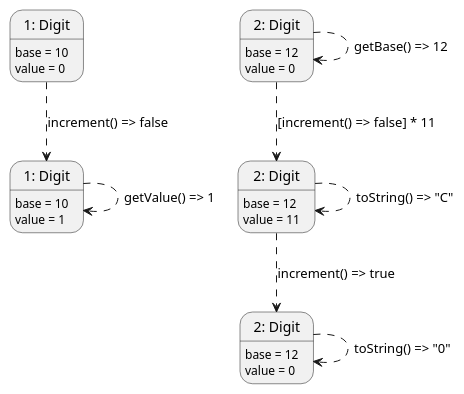
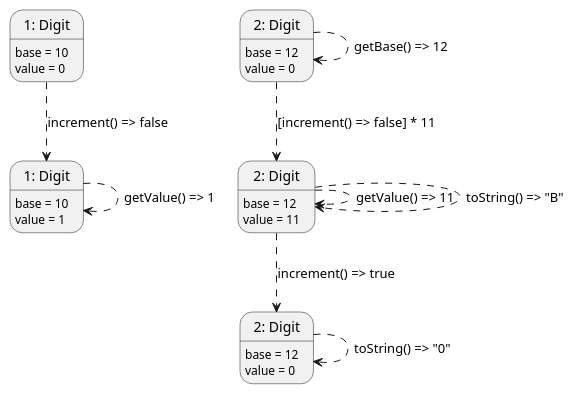
Before and after one commit to henrygraesberg/tdt4100: the diagram in assignments/diagrams/assignment_1/Digit.puml, drawn with PlantUML. The commit also changed 2 other files, not shown here.

Commit message:
Create main method for Digit matching state diagram

```diff
--- a/assignments/diagrams/assignment_1/Digit.puml
+++ b/assignments/diagrams/assignment_1/Digit.puml
@@ -1,33 +1,35 @@
 @startuml Digit
 
 state "1: Digit" as Base10Digit
 Base10Digit : base = 10
 Base10Digit : value = 0
 
 state "1: Digit" as Base10DigitIncremented
 Base10DigitIncremented : base = 10
 Base10DigitIncremented : value = 1
 
 Base10Digit -[dashed]-> Base10DigitIncremented : increment() => false
 Base10DigitIncremented -[dashed]-> Base10DigitIncremented : getValue() => 1
 
 state "2: Digit" as Base12Digit
 Base12Digit : base = 12
 Base12Digit : value = 0
 
 state "2: Digit" as Base12DigitIncremented
 Base12DigitIncremented : base = 12
 Base12DigitIncremented : value = 11
 
 state "2: Digit" as Base12DigitReset
 Base12DigitReset : base = 12
 Base12DigitReset : value = 0
 
 Base12Digit -[dashed]-> Base12Digit : getBase() => 12
 Base12Digit -[dashed]-> Base12DigitIncremented : [increment() => false] * 11
+
+Base12DigitIncremented -[dashed]-> Base12DigitIncremented : getValue() => 11
+Base12DigitIncremented -[dashed]-> Base12DigitIncremented : toString() => "B"
 Base12DigitIncremented -[dashed]-> Base12DigitReset : increment() => true
 
-Base12DigitIncremented -[dashed]-> Base12DigitIncremented : toString() => "C"
 Base12DigitReset -[dashed]-> Base12DigitReset : toString() => "0"
 
 @enduml
```
